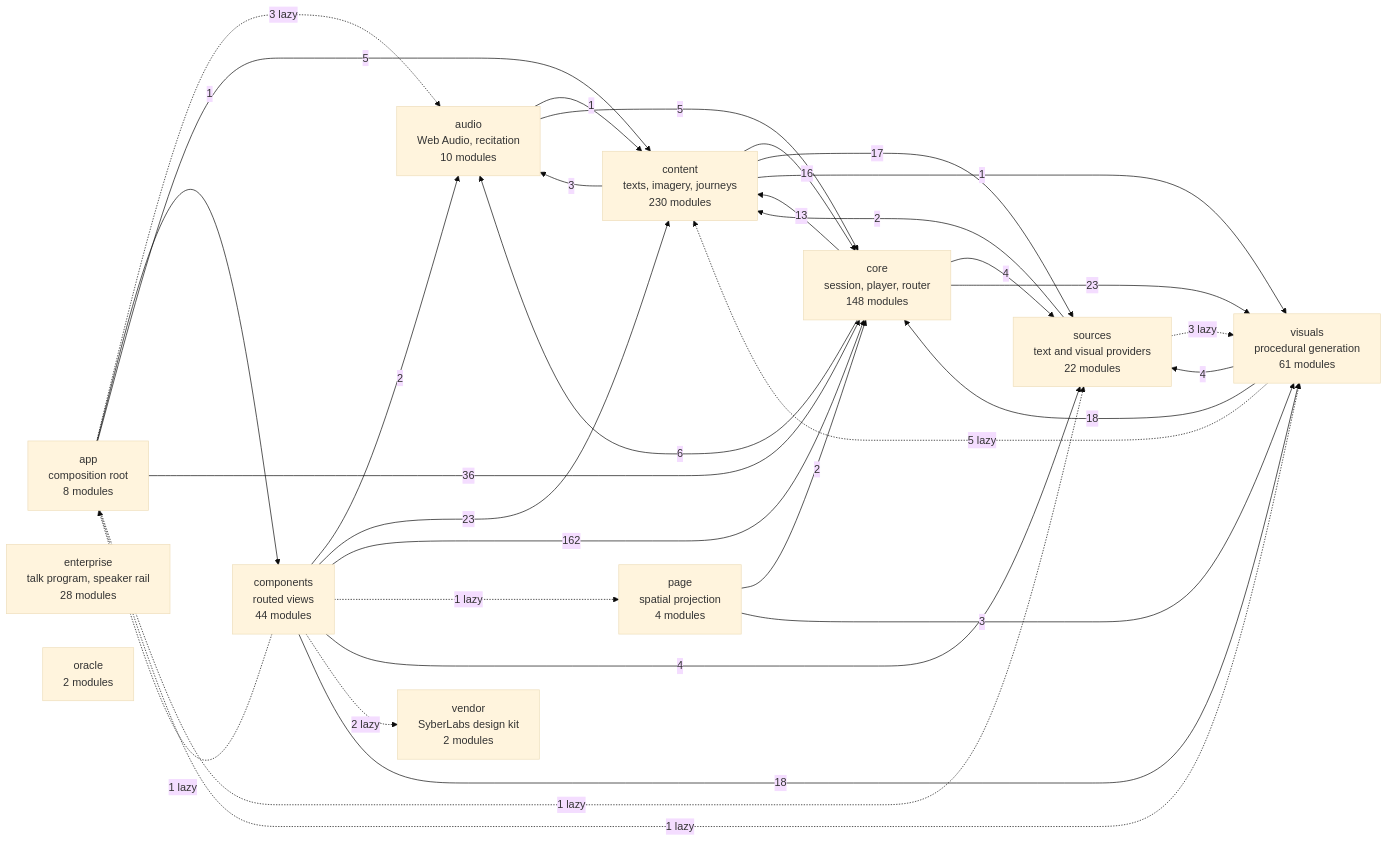
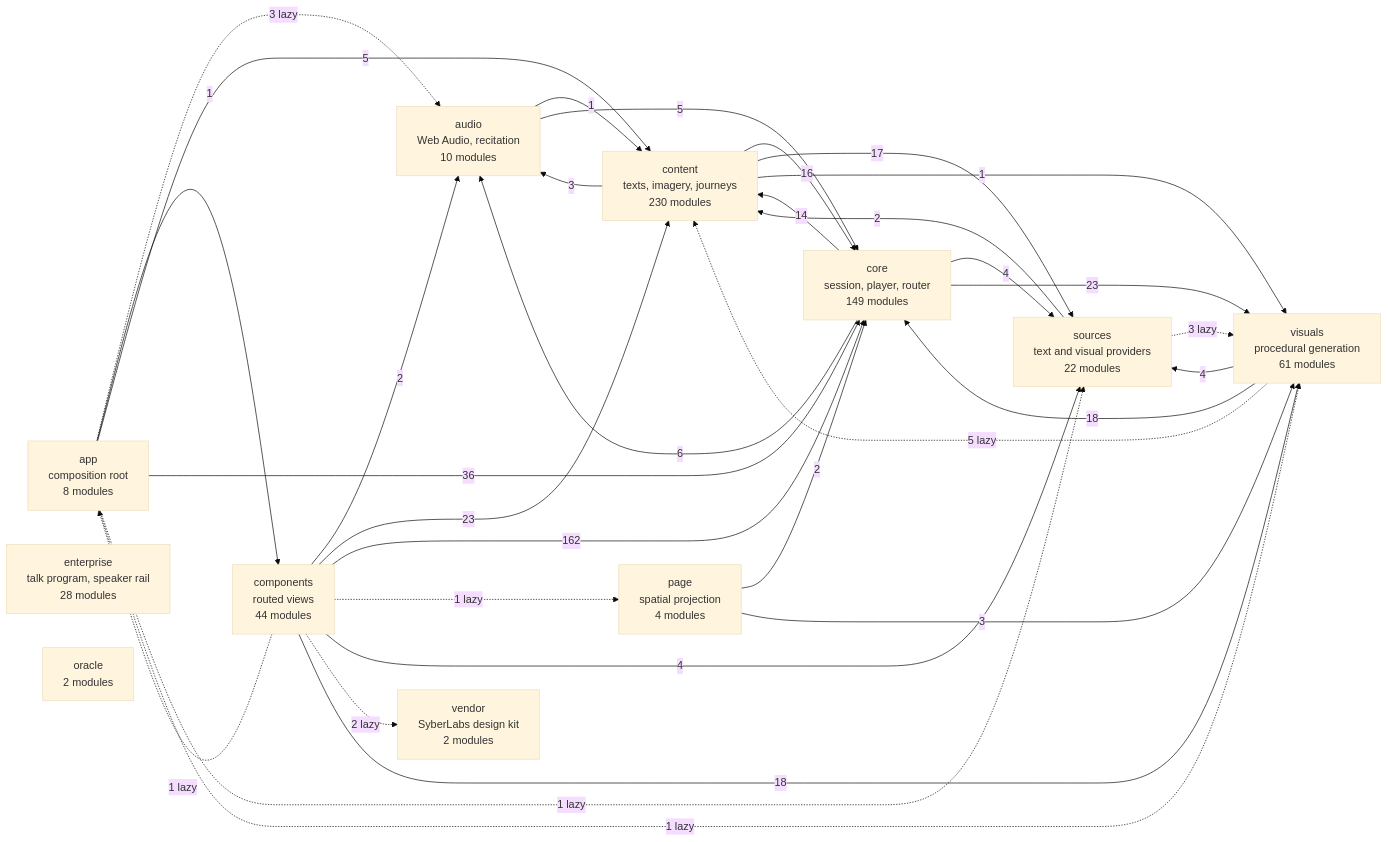
The diagram in docs/specs/ARCHITECTURE.md (SyberLabs/RISE), drawn with Mermaid (base theme) before and after one commit.

Commit message:
Regenerate architecture graph for portable score module

````diff
--- a/docs/specs/ARCHITECTURE.md
+++ b/docs/specs/ARCHITECTURE.md
@@ -160,46 +160,46 @@
 ```mermaid
 flowchart LR
     app["app<br/>composition root<br/>8 modules"]
     audio["audio<br/>Web Audio, recitation<br/>10 modules"]
     components["components<br/>routed views<br/>44 modules"]
     content["content<br/>texts, imagery, journeys<br/>230 modules"]
-    core["core<br/>session, player, router<br/>148 modules"]
+    core["core<br/>session, player, router<br/>149 modules"]
     enterprise["enterprise<br/>talk program, speaker rail<br/>28 modules"]
     oracle["oracle<br/>2 modules"]
     page["page<br/>spatial projection<br/>4 modules"]
     sources["sources<br/>text and visual providers<br/>22 modules"]
     vendor["vendor<br/>SyberLabs design kit<br/>2 modules"]
     visuals["visuals<br/>procedural generation<br/>61 modules"]
 
     app -.-> |3 lazy| audio
     app --> |1| components
     app --> |5| content
     app --> |36| core
     app -.-> |1 lazy| sources
     app -.-> |1 lazy| visuals
     audio --> |1| content
     audio --> |5| core
     components -.-> |1 lazy| app
     components --> |2| audio
     components --> |23| content
     components --> |162| core
     components -.-> |1 lazy| page
     components --> |4| sources
     components -.-> |2 lazy| vendor
     components --> |18| visuals
     content --> |3| audio
     content --> |16| core
     content --> |17| sources
     content --> |1| visuals
     core --> |6| audio
-    core --> |13| content
+    core --> |14| content
     core --> |4| sources
     core --> |23| visuals
     page --> |2| core
     page --> |3| visuals
     sources --> |2| content
     sources -.-> |3 lazy| visuals
     visuals -.-> |5 lazy| content
     visuals --> |18| core
     visuals --> |4| sources
 ```
````
